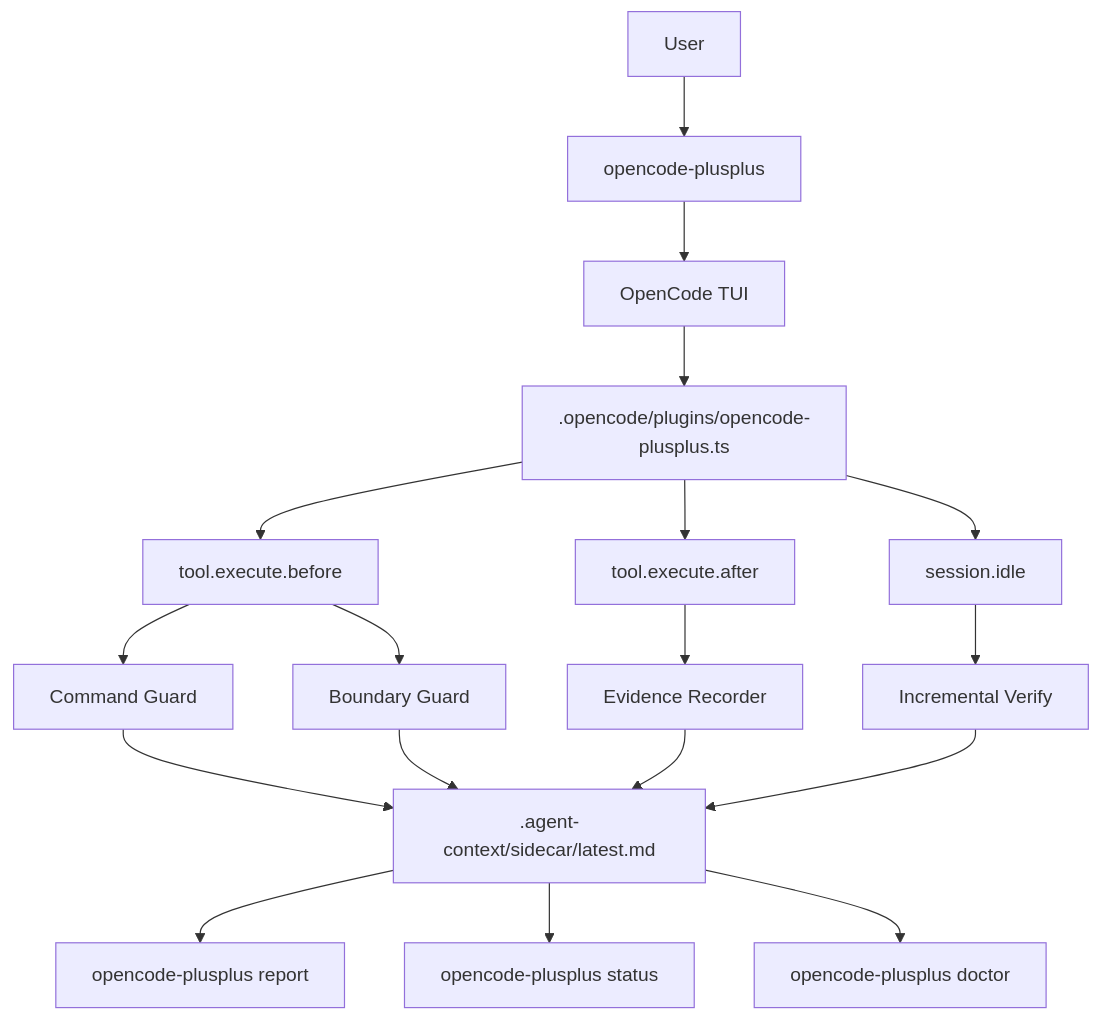
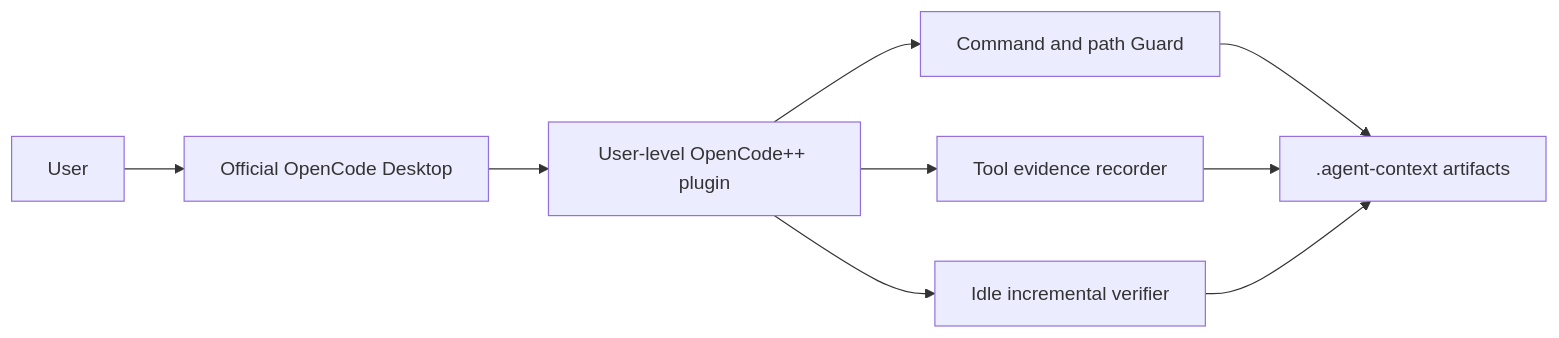
One commit to whut09/Repo-to-Agent-Context changed the diagram in docs/integrations/opencode-sidecar.md. Above: the diagram before and after it, drawn with Mermaid. The commit also changed other lines of this file and 46 other files, not shown here.

Commit message:
Remove legacy TUI and Desktop MVP

````diff
--- a/docs/integrations/opencode-sidecar.md
+++ b/docs/integrations/opencode-sidecar.md
@@ -69,24 +7,11 @@
 ```mermaid
-flowchart TD
-  User["User"] --> CLI["opencode-plusplus"]
-  CLI --> TUI["OpenCode TUI"]
-  TUI --> Plugin[".opencode/plugins/opencode-plusplus.ts"]
-
-  Plugin --> Before["tool.execute.before"]
-  Plugin --> After["tool.execute.after"]
-  Plugin --> Idle["session.idle"]
-
-  Before --> CommandGuard["Command Guard"]
-  Before --> BoundaryGuard["Boundary Guard"]
-  After --> EvidenceRecorder["Evidence Recorder"]
-  Idle --> IncrementalVerify["Incremental Verify"]
-
-  CommandGuard --> Latest[".agent-context/sidecar/latest.md"]
-  BoundaryGuard --> Latest
-  EvidenceRecorder --> Latest
-  IncrementalVerify --> Latest
-
-  Latest --> Report["opencode-plusplus report"]
-  Latest --> Status["opencode-plusplus status"]
-  Latest --> Doctor["opencode-plusplus doctor"]
+flowchart LR
+  User["User"] --> Desktop["Official OpenCode Desktop"]
+  Desktop --> Plugin["User-level OpenCode++ plugin"]
+  Plugin --> Guard["Command and path Guard"]
+  Plugin --> Evidence["Tool evidence recorder"]
+  Plugin --> Verify["Idle incremental verifier"]
+  Guard --> Artifacts[".agent-context artifacts"]
+  Evidence --> Artifacts
+  Verify --> Artifacts
 ```
````
